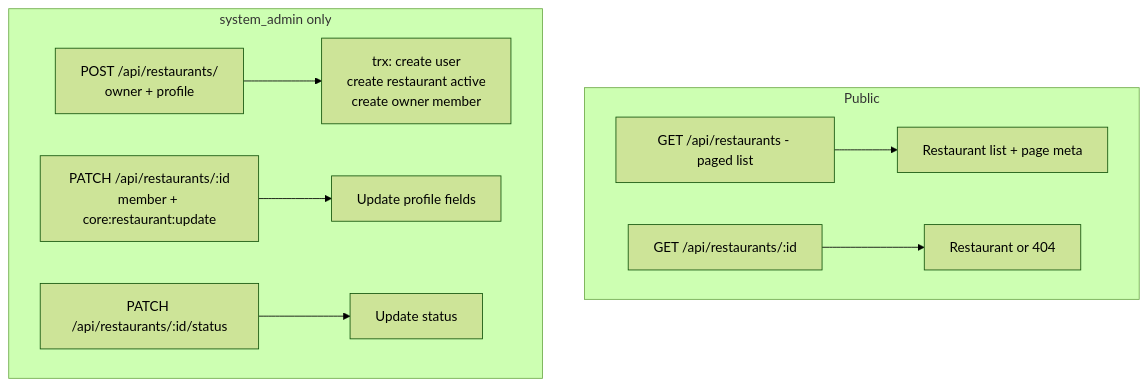
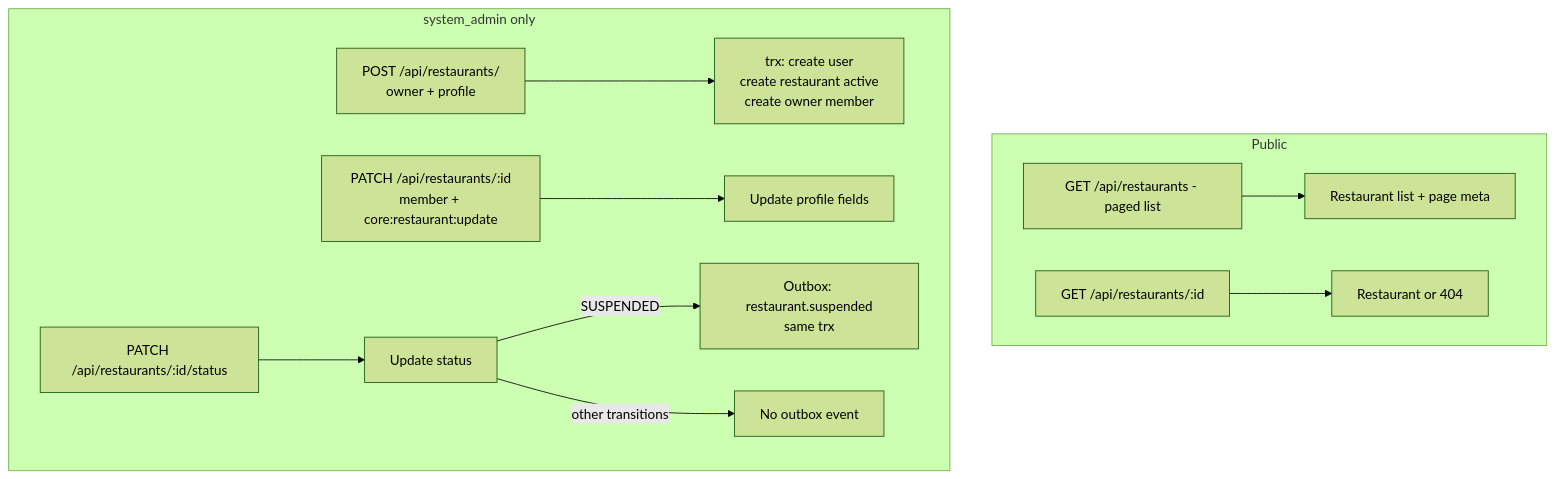
One commit to ZiadAmin-Dev/core-service changed the second of 2 diagrams in docs/business-logic/restaurant.md. Above: the diagram before and after it, drawn with Mermaid (forest theme). The commit also changed other lines of this file and 3 other files, not shown here.

Commit message:
docs(business-logic): update outbox emission flows for product, branch, restaurant modules

````diff
--- a/docs/business-logic/restaurant.md
+++ b/docs/business-logic/restaurant.md
@@ -24,12 +31,14 @@
 ```mermaid
 flowchart TD
     subgraph Public
         ALL[GET /api/restaurants - paged list] --> PAG[Restaurant list + page meta]
         ONE[GET /api/restaurants/:id] --> R[Restaurant or 404]
     end
     subgraph Admin ["system_admin only"]
         CR[POST /api/restaurants/<br/>owner + profile] --> TRX[trx: create user<br/>create restaurant active<br/>create owner member]
         US[PATCH /api/restaurants/:id<br/>member + core:restaurant:update] --> UP[Update profile fields]
         ST[PATCH /api/restaurants/:id/status] --> SS[Update status]
+        SS -->|SUSPENDED| OB[Outbox: restaurant.suspended<br/>same trx]
+        SS -->|other transitions| NOE[No outbox event]
     end
 ```
````
